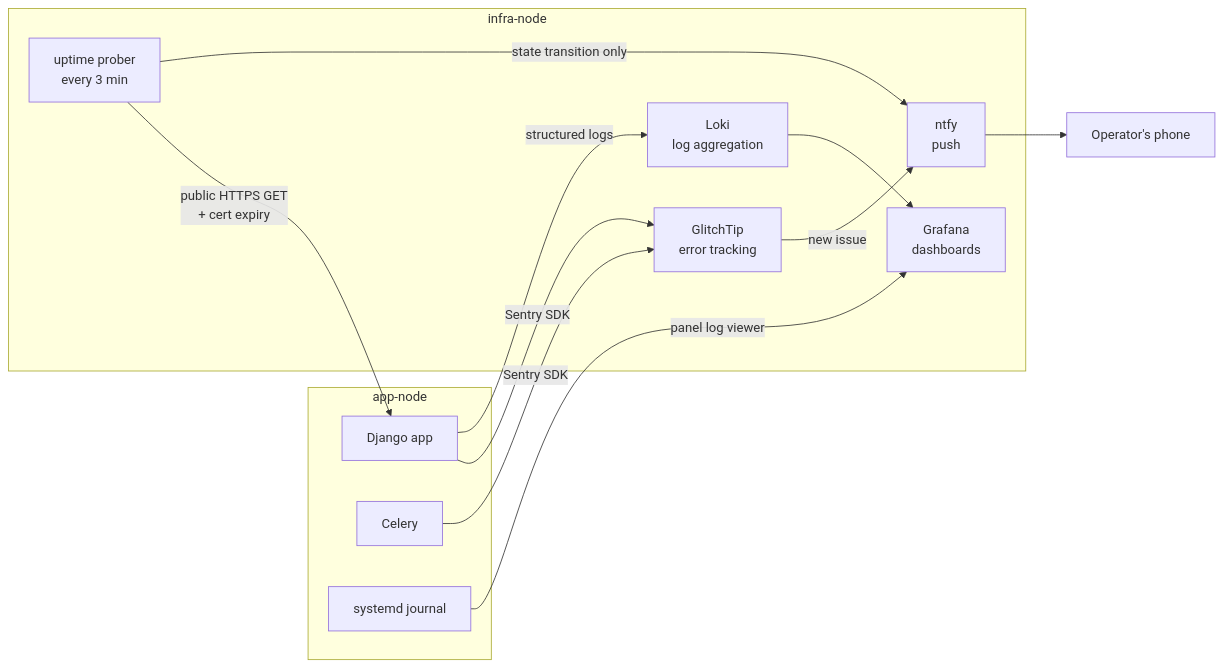
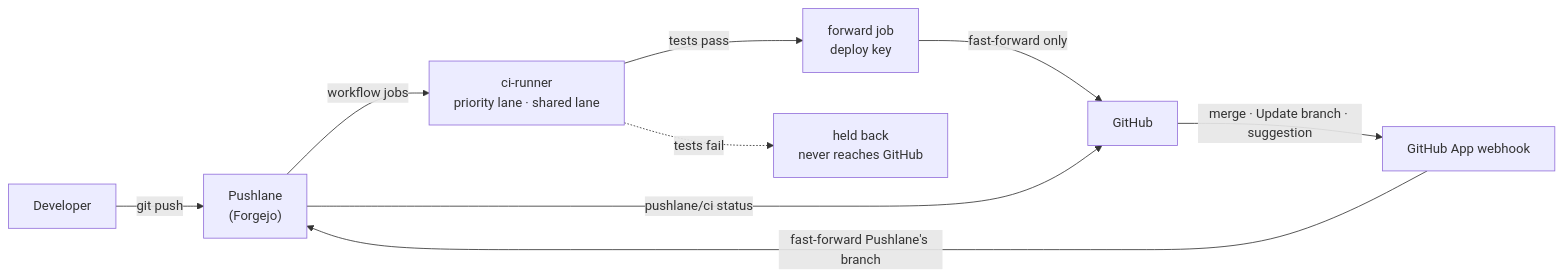
One commit to tobioj/Homelab-Control-Plane changed the fourth of 4 diagrams in README.md. Above: the diagram before and after it, drawn with Mermaid. The commit also changed other lines of this file and 15 other files, not shown here.

````diff
--- a/README.md
+++ b/README.md
@@ -279,26 +238,11 @@
 ```mermaid
 flowchart LR
-    subgraph APP["app-node"]
-        DJ["Django app"]
-        CEL["Celery"]
-        JOURNAL["systemd journal"]
-    end
-    subgraph INFRA["infra-node"]
-        GT["GlitchTip<br/>error tracking"]
-        LOKI["Loki<br/>log aggregation"]
-        GRAF["Grafana<br/>dashboards"]
-        NTFY["ntfy<br/>push"]
-        PROBE["uptime prober<br/>every 3 min"]
-    end
-    PHONE["Operator's phone"]
-
-    DJ -->|"Sentry SDK"| GT
-    CEL -->|"Sentry SDK"| GT
-    DJ -->|"structured logs"| LOKI
-    JOURNAL -->|"panel log viewer"| GRAF
-    LOKI --> GRAF
-    PROBE -->|"public HTTPS GET<br/>+ cert expiry"| DJ
-    PROBE -->|"state transition only"| NTFY
-    GT -->|"new issue"| NTFY
-    NTFY --> PHONE
+    DEV["Developer"] -->|"git push"| FJ["Pushlane<br/>(Forgejo)"]
+    FJ -->|"workflow jobs"| R["ci-runner<br/>priority lane · shared lane"]
+    R -->|"tests pass"| FWD["forward job<br/>deploy key"]
+    FWD -->|"fast-forward only"| GH["GitHub"]
+    R -. "tests fail" .-> STOP["held back<br/>never reaches GitHub"]
+    GH -->|"merge · Update branch · suggestion"| APP["GitHub App webhook"]
+    APP -->|"fast-forward Pushlane's branch"| FJ
+    FJ -->|"pushlane/ci status"| GH
 ```
````
